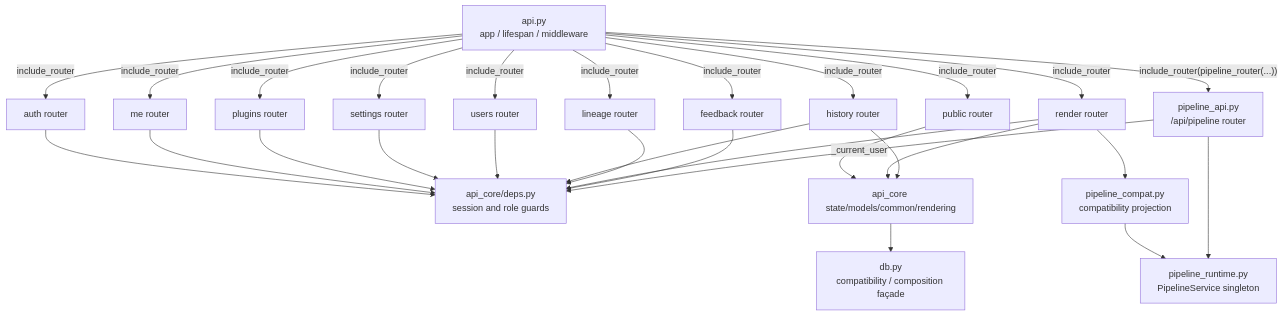
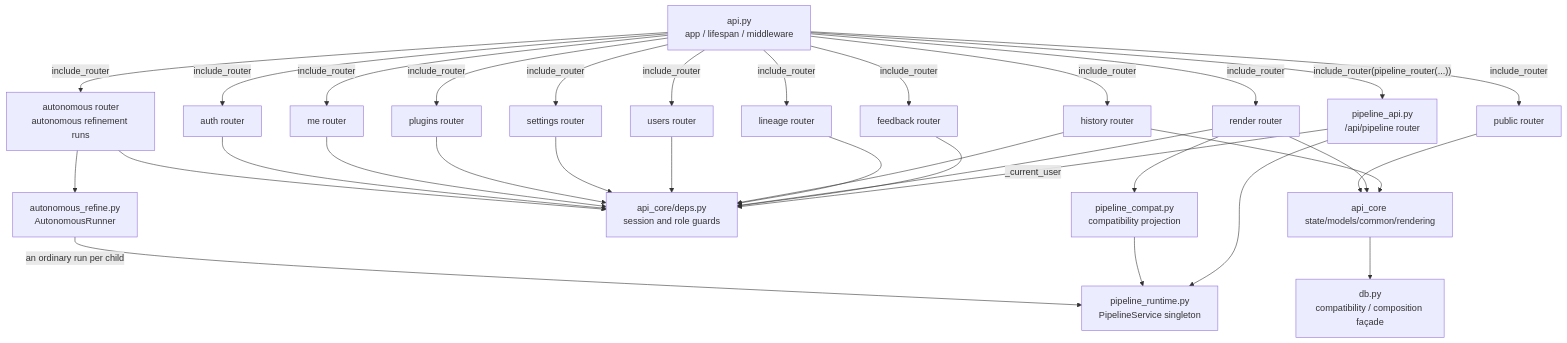
Before and after one commit to oikawas/inku-lang: the first of 5 diagrams in docs/architecture/server-components.md, drawn with Mermaid. The commit also changed other lines of this file and 27 other files, not shown here.

First line of the commit message:
Bring the architecture documents up to the current core

````diff
--- a/docs/architecture/server-components.md
+++ b/docs/architecture/server-components.md
@@ -7,49 +7,55 @@
 ```mermaid
 flowchart TD
     API_PY["api.py\napp / lifespan / middleware"]
     PUB["public router"]
     AUTH["auth router"]
     ME["me router"]
     PLUGINS["plugins router"]
     SETTINGS["settings router"]
     USERS["users router"]
     HISTORY["history router"]
     LINEAGE["lineage router"]
     RENDER["render router"]
     FEEDBACK["feedback router"]
+    AUTONOMOUS["autonomous router\nautonomous refinement runs"]
+    AUTO_RUNNER["autonomous_refine.py\nAutonomousRunner"]
     PIPELINE["pipeline_api.py\n/api/pipeline router"]
     DEPS["api_core/deps.py\nsession and role guards"]
     SHARED["api_core state/models/common/rendering"]
     COMPAT["pipeline_compat.py\ncompatibility projection"]
     SERVICE["pipeline_runtime.py\nPipelineService singleton"]
     DB["db.py\ncompatibility / composition façade"]
 
     API_PY -->|"include_router"| PUB
     API_PY -->|"include_router"| AUTH
     API_PY -->|"include_router"| ME
     API_PY -->|"include_router"| PLUGINS
     API_PY -->|"include_router"| SETTINGS
     API_PY -->|"include_router"| USERS
     API_PY -->|"include_router"| HISTORY
     API_PY -->|"include_router"| LINEAGE
     API_PY -->|"include_router"| RENDER
     API_PY -->|"include_router"| FEEDBACK
+    API_PY -->|"include_router"| AUTONOMOUS
     API_PY -->|"include_router(pipeline_router(...))"| PIPELINE
+    AUTONOMOUS --> DEPS
+    AUTONOMOUS --> AUTO_RUNNER
+    AUTO_RUNNER -->|"an ordinary run per child"| SERVICE
     AUTH --> DEPS
     ME --> DEPS
     PLUGINS --> DEPS
     SETTINGS --> DEPS
     USERS --> DEPS
     HISTORY --> DEPS
     LINEAGE --> DEPS
     RENDER --> DEPS
     FEEDBACK --> DEPS
     PIPELINE -->|"_current_user"| DEPS
     PUB --> SHARED
     RENDER --> SHARED
     RENDER --> COMPAT
     COMPAT --> SERVICE
     PIPELINE --> SERVICE
     HISTORY --> SHARED
     SHARED --> DB
 ```
````
